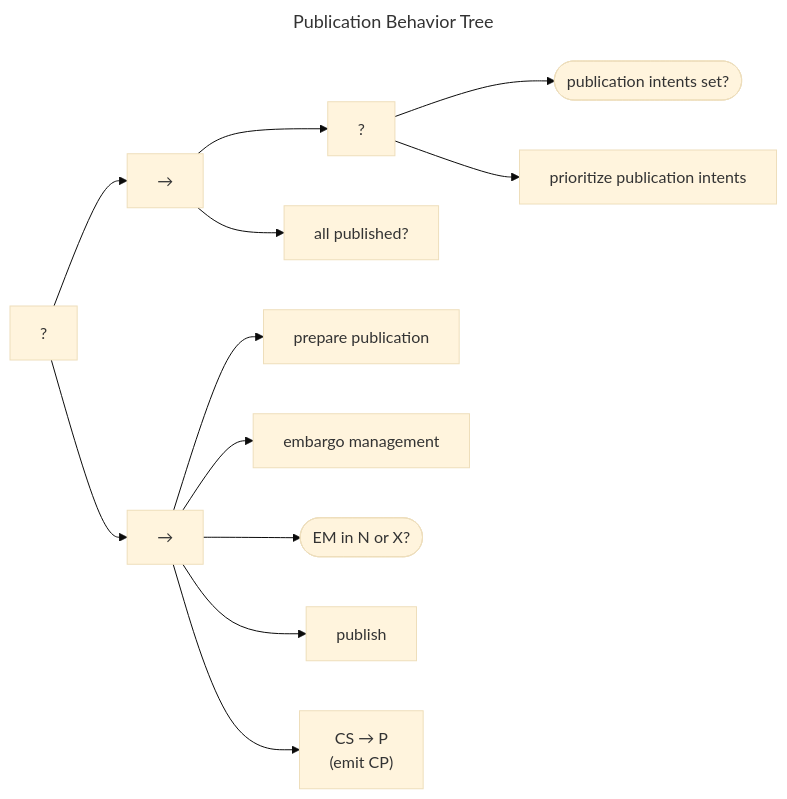
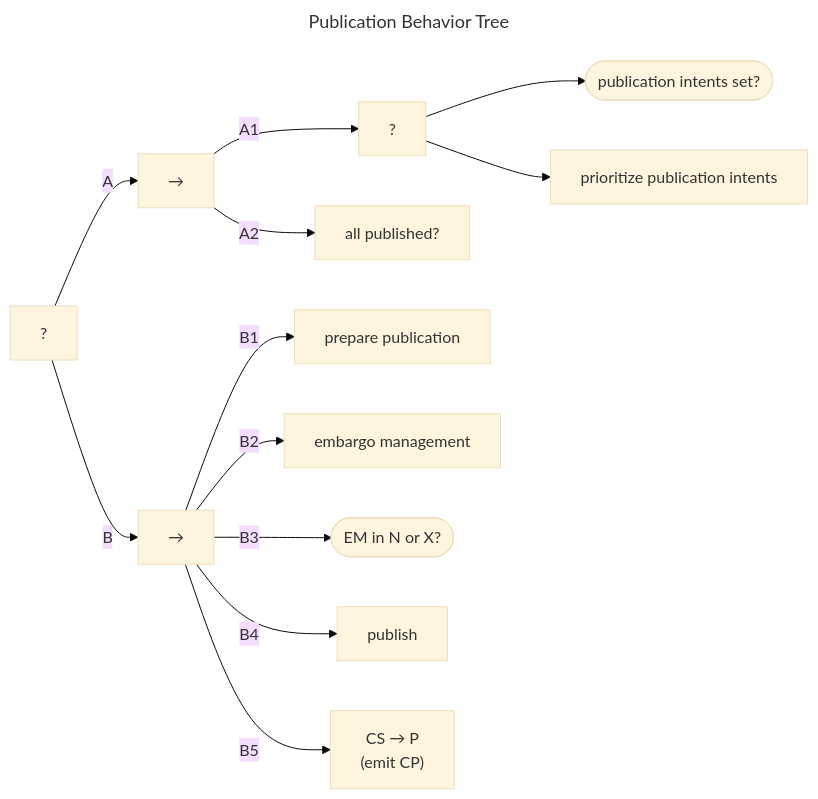
Before and after one commit to CERTCC/Vultron: the first of 2 diagrams in docs/topics/behavior_logic/publication_bt.md, drawn with Mermaid (base theme). The commit also changed other lines of this file and 21 other files, not shown here.

````diff
--- a/docs/topics/behavior_logic/publication_bt.md
+++ b/docs/topics/behavior_logic/publication_bt.md
@@ -8,29 +8,29 @@
 ```mermaid
 ---
 title: Publication Behavior Tree
 ---
 flowchart LR
     fb["?"]
     seq1["&rarr;"]
-    fb --> seq1
+    fb -->|A| seq1
     fb2["?"]
-    seq1 --> fb2
+    seq1 -->|A1| fb2
     pub_intents(["publication intents set?"])
     fb2 --> pub_intents
     prioritize_pub["prioritize publication intents"]
     fb2 --> prioritize_pub
     all_pub["all published?"]
-    seq1 --> all_pub
+    seq1 -->|A2| all_pub
     seq2["&rarr;"]
-    fb --> seq2
+    fb -->|B| seq2
     prep_pub["prepare publication"]
-    seq2 --> prep_pub
+    seq2 -->|B1| prep_pub
     emb_mgt["embargo management"]
-    seq2 --> emb_mgt
+    seq2 -->|B2| emb_mgt
     em_n_or_x(["EM in N or X?"])
-    seq2 --> em_n_or_x
+    seq2 -->|B3| em_n_or_x
     publish["publish"]
-    seq2 --> publish
+    seq2 -->|B4| publish
     cs_to_P["CS &rarr; P<br/>(emit CP)"]
-    seq2 --> cs_to_P
+    seq2 -->|B5| cs_to_P
 ```
````
